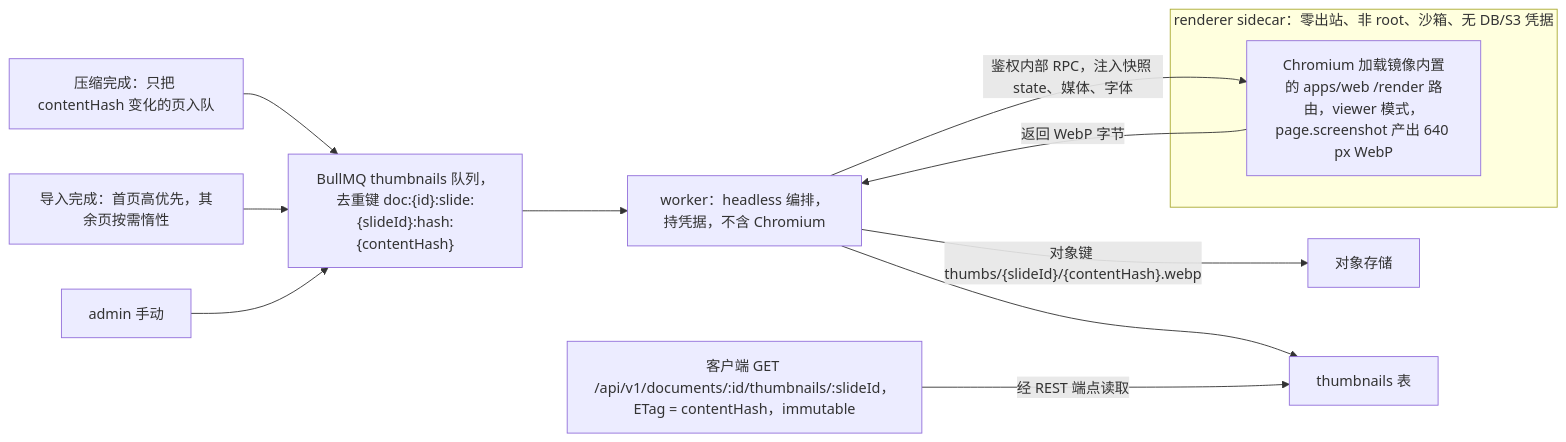
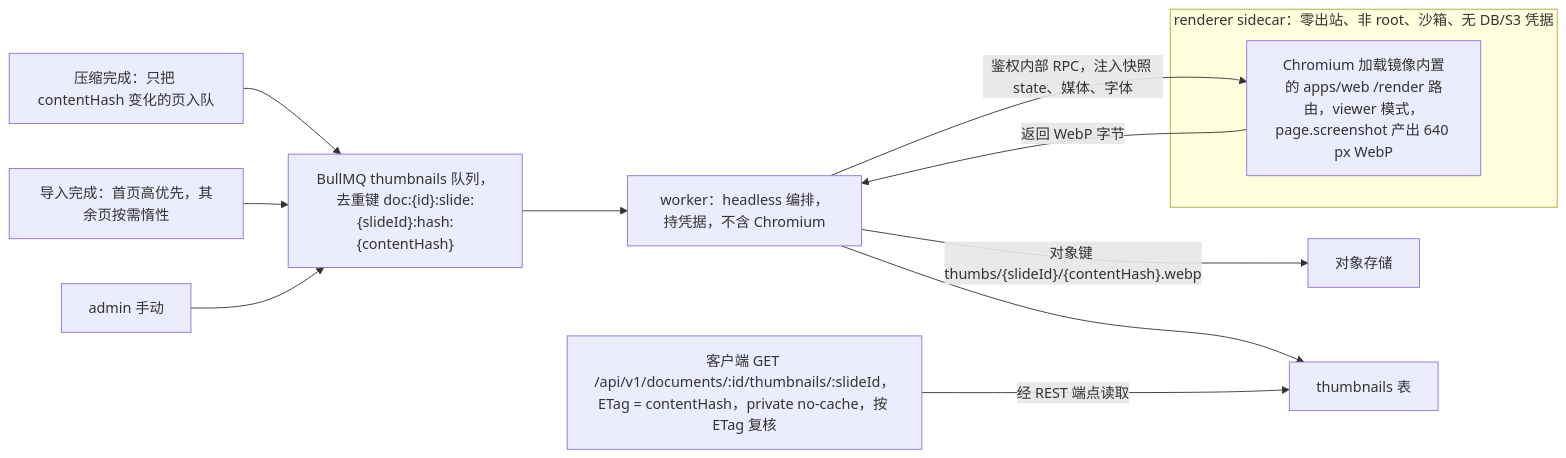
One commit to Xeonice/cordis-ppt-editor changed the first of 2 diagrams in docs/30-architecture/adr/0026-headless-rendering-and-thumbnails.md. Above: the diagram before and after it, drawn with Mermaid. The commit also changed other lines of this file and 79 other files, not shown here.

````diff
--- a/docs/30-architecture/adr/0026-headless-rendering-and-thumbnails.md
+++ b/docs/30-architecture/adr/0026-headless-rendering-and-thumbnails.md
@@ -27,15 +27,15 @@
 ```mermaid
 flowchart LR
   compactDone["压缩完成：只把 contentHash 变化的页入队"] --> queue
   importDone["导入完成：首页高优先，其余页按需惰性"] --> queue
   adminManual["admin 手动"] --> queue
   queue["BullMQ thumbnails 队列，去重键 doc:{id}:slide:{slideId}:hash:{contentHash}"] --> worker["worker：headless 编排，持凭据，不含 Chromium"]
   subgraph rendererBox["renderer sidecar：零出站、非 root、沙箱、无 DB/S3 凭据"]
     renderPage["Chromium 加载镜像内置的 apps/web /render 路由，viewer 模式，page.screenshot 产出 640 px WebP"]
   end
   worker -- "鉴权内部 RPC，注入快照 state、媒体、字体" --> renderPage
   renderPage -- "返回 WebP 字节" --> worker
   worker -- "对象键 thumbs/{slideId}/{contentHash}.webp" --> objectStore["对象存储"]
   worker --> thumbTable["thumbnails 表"]
-  client["客户端 GET /api/v1/documents/:id/thumbnails/:slideId，ETag = contentHash，immutable"] -- "经 REST 端点读取" --> thumbTable
+  client["客户端 GET /api/v1/documents/:id/thumbnails/:slideId，ETag = contentHash，private no-cache，按 ETag 复核"] -- "经 REST 端点读取" --> thumbTable
 ```
````
